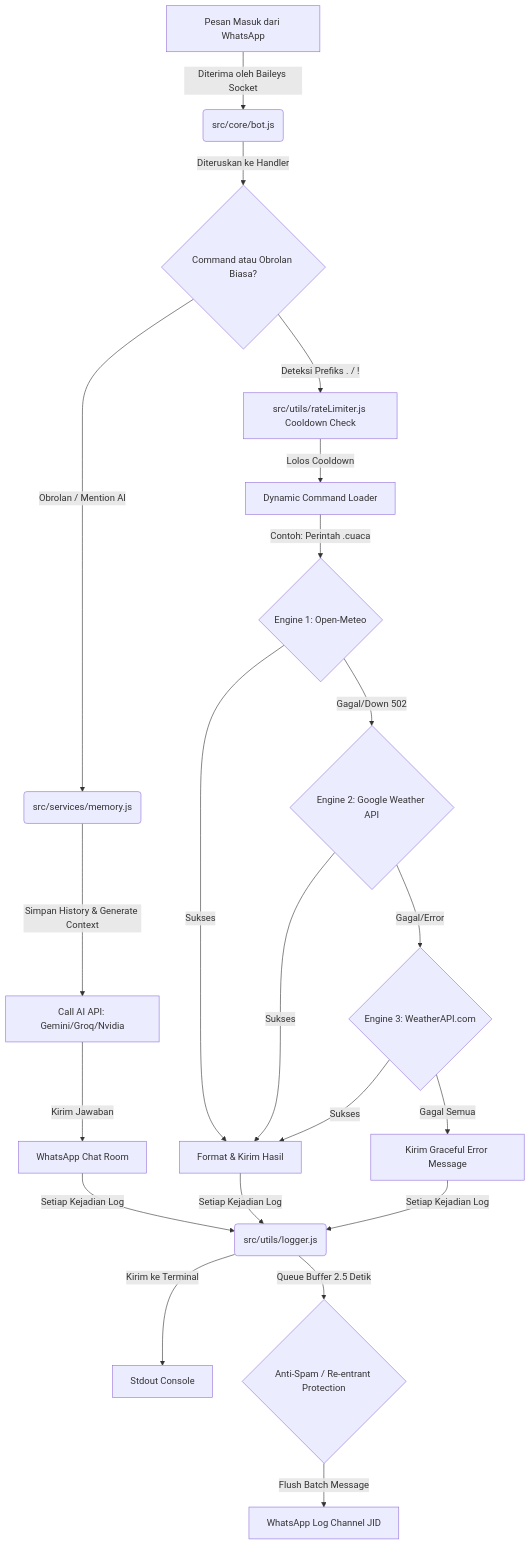
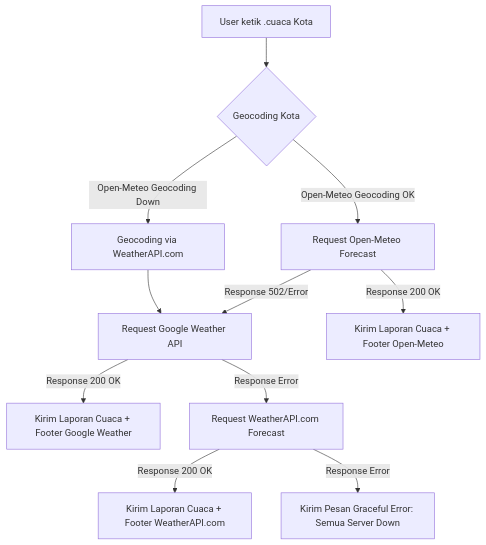
The fourth of 4 diagrams in architecture.md (ronnanakibu/Whatsapp-Bots), drawn with Mermaid before and after one commit. The commit also changed other lines of this file, not shown here.

````diff
--- a/architecture.md
+++ b/architecture.md
@@ -49,25 +142,17 @@
 ```mermaid
 graph TD
-    A[Pesan Masuk dari WhatsApp] -->|Diterima oleh Baileys Socket| B(src/core/bot.js)
-    B -->|Diteruskan ke Handler| C{Command atau Obrolan Biasa?}
+    Start[User ketik .cuaca Kota] --> Geo{Geocoding Kota}
     
-    C -->|Obrolan / Mention AI| D(src/services/memory.js)
-    D -->|Simpan History & Generate Context| E[Call AI API: Gemini/Groq/Nvidia]
-    E -->|Kirim Jawaban| F[WhatsApp Chat Room]
+    Geo -->|Open-Meteo Geocoding OK| Fetch1[Request Open-Meteo Forecast]
+    Geo -->|Open-Meteo Geocoding Down| FallbackGeo[Geocoding via WeatherAPI.com]
+    FallbackGeo --> Fetch2[Request Google Weather API]
+
+    Fetch1 -->|Response 200 OK| Output1[Kirim Laporan Cuaca + Footer Open-Meteo]
+    Fetch1 -->|Response 502/Error| Fetch2
     
-    C -->|Deteksi Prefiks . / !| G[src/utils/rateLimiter.js Cooldown Check]
-    G -->|Lolos Cooldown| H[Dynamic Command Loader]
+    Fetch2 -->|Response 200 OK| Output2[Kirim Laporan Cuaca + Footer Google Weather]
+    Fetch2 -->|Response Error| Fetch3[Request WeatherAPI.com Forecast]
     
-    H -->|Contoh: Perintah .cuaca| I{Engine 1: Open-Meteo}
-    I -->|Sukses| J[Format & Kirim Hasil]
-    I -->|Gagal/Down 502| K{Engine 2: Google Weather API}
-    K -->|Sukses| J
-    K -->|Gagal/Error| L{Engine 3: WeatherAPI.com}
-    L -->|Sukses| J
-    L -->|Gagal Semua| M[Kirim Graceful Error Message]
-    
-    J & F & M -->|Setiap Kejadian Log| N(src/utils/logger.js)
-    N -->|Kirim ke Terminal| O[Stdout Console]
-    N -->|Queue Buffer 2.5 Detik| P{Anti-Spam / Re-entrant Protection}
-    P -->|Flush Batch Message| Q[WhatsApp Log Channel JID]
+    Fetch3 -->|Response 200 OK| Output3[Kirim Laporan Cuaca + Footer WeatherAPI.com]
+    Fetch3 -->|Response Error| Err[Kirim Pesan Graceful Error: Semua Server Down]
 ```
````
